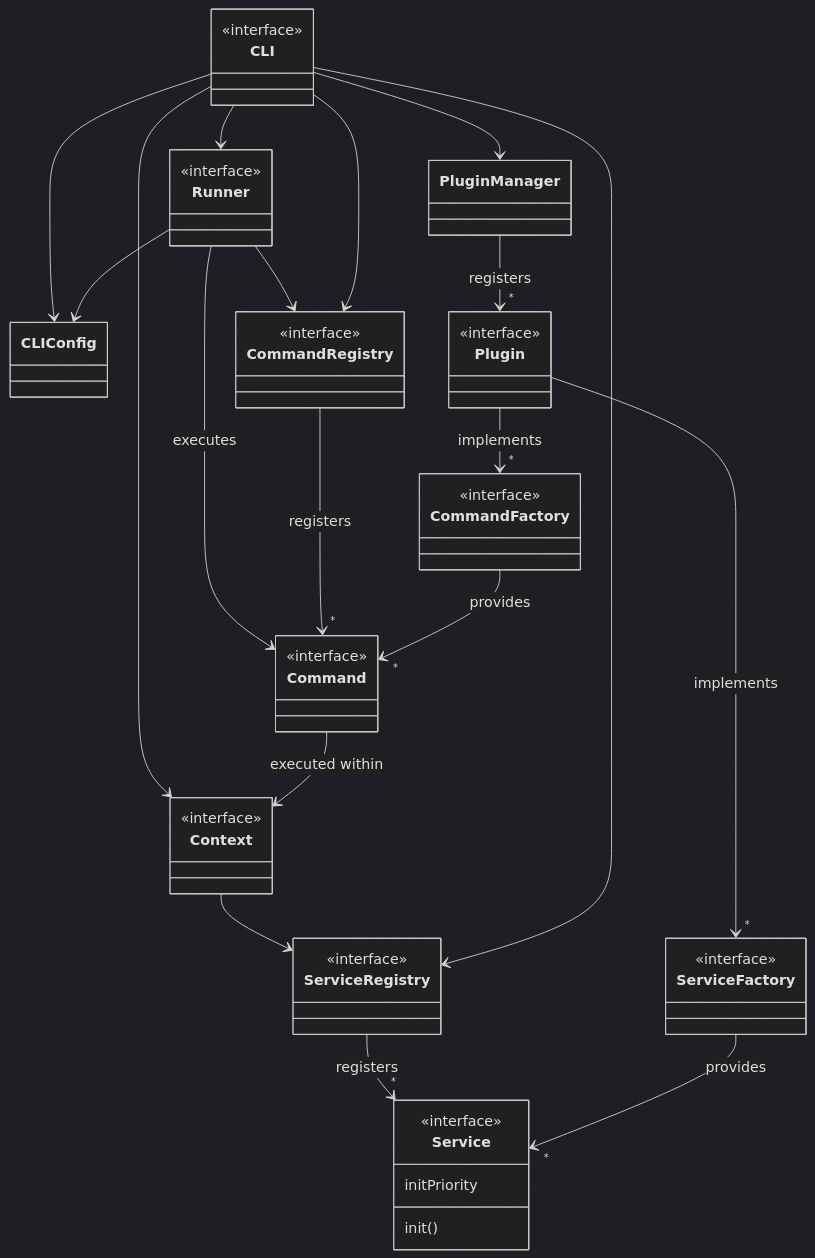
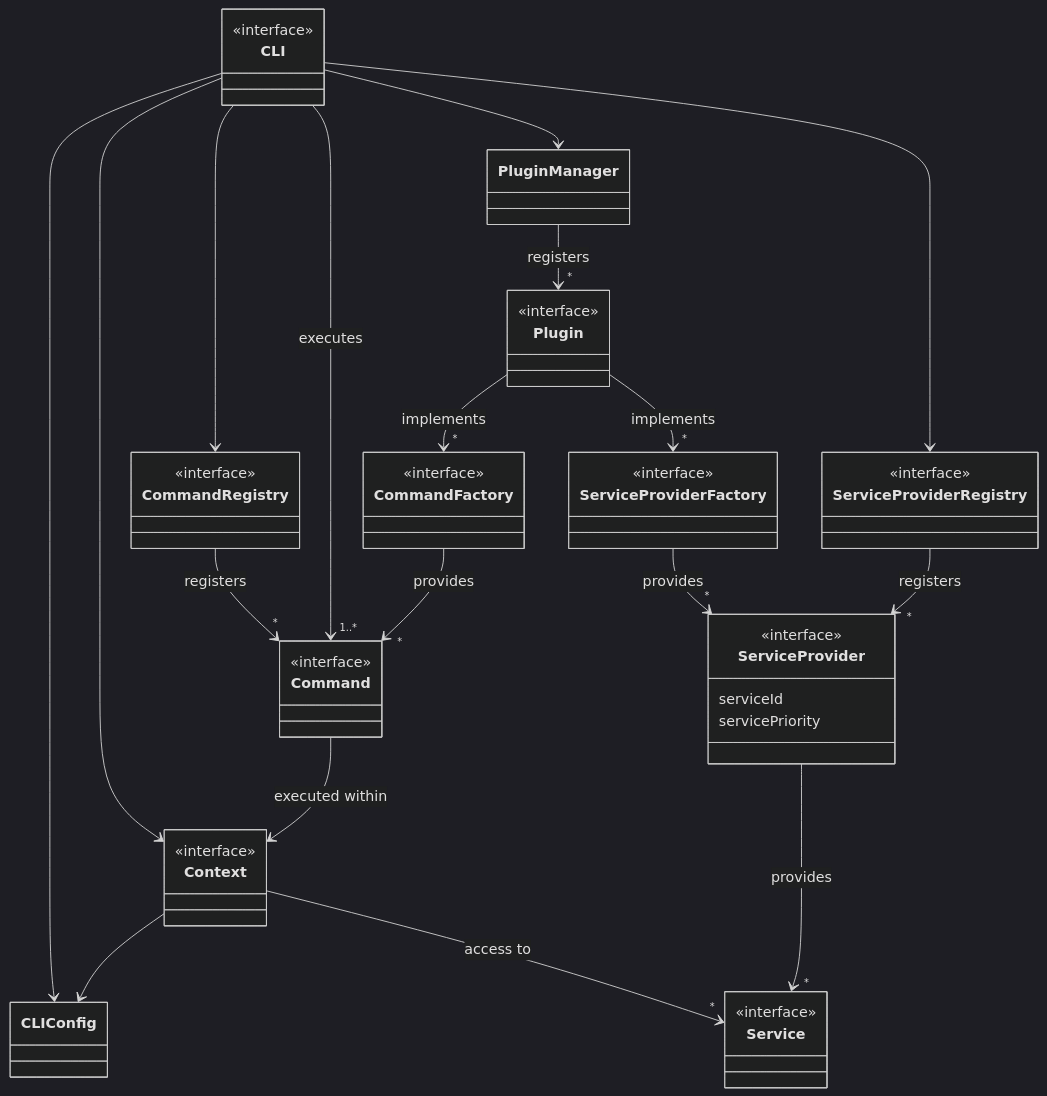
One commit to flowscripter/dynamic-cli-framework changed the first of 4 diagrams in README.md. Above: the diagram before and after it, drawn with Mermaid (dark theme). The commit also changed other lines of this file and 156 other files, not shown here.

````diff
--- a/README.md
+++ b/README.md
@@ -87,17 +106,13 @@
         <<interface>>
     }
 
-    class Service {
+    class ServiceProvider {
         <<interface>>
-        initPriority
-        init()
+        serviceId
+        servicePriority
     }
 
     class Context {
-        <<interface>>
-    }
-
-    class Runner {
         <<interface>>
     }
 
@@ -105,13 +120,33 @@
         <<interface>>
     }
 
-    class ServiceRegistry {
+    class ServiceProviderRegistry {
         <<interface>>
     }
 
-    Runner --> CommandRegistry
+    class Service {
+        <<interface>>
+    }
+
+    CLI --> CLIConfig
+
+    CLI --> Context
 
     CLI --> CommandRegistry
+
+    CommandRegistry --> "*" Command : registers
+    
+    ServiceProviderRegistry --> "*" ServiceProvider : registers
+
+    CLI --> "1..*" Command : executes
+
+    Command --> Context : executed within
+
+    Context --> CLIConfig
+
+    Context --> "*" Service : access to
+    
+    ServiceProvider --> "*" Service : provides
 
     class PluginManager {
     }
@@ -120,43 +155,25 @@
         <<interface>>
     }
 
-    CLI --> CLIConfig
-
-    CLI --> Context
-
-    Runner --> CLIConfig
-
-    CLI --> Runner
-
     CLI --> PluginManager
-
-    class ServiceFactory {
-        <<interface>>
-    }
 
     class CommandFactory {
         <<interface>>
     }
 
-    Runner --> Command : executes
+    class ServiceProviderFactory {
+        <<interface>>
+    }
 
-    Context --> ServiceRegistry
+    CLI-->ServiceProviderRegistry
 
-    CommandRegistry --> "*" Command : registers
-
-    CLI-->ServiceRegistry
-    
-    ServiceRegistry --> "*" Service : registers
-    
-    Command --> Context : executed within
-        
     PluginManager --> "*" Plugin : registers
 
     Plugin --> "*" CommandFactory: implements
 
-    Plugin --> "*" ServiceFactory: implements
+    Plugin --> "*" ServiceProviderFactory: implements
  
     CommandFactory --> "*" Command : provides
     
-    ServiceFactory --> "*" Service : provides
+    ServiceProviderFactory --> "*" ServiceProvider : provides
 ```
````
